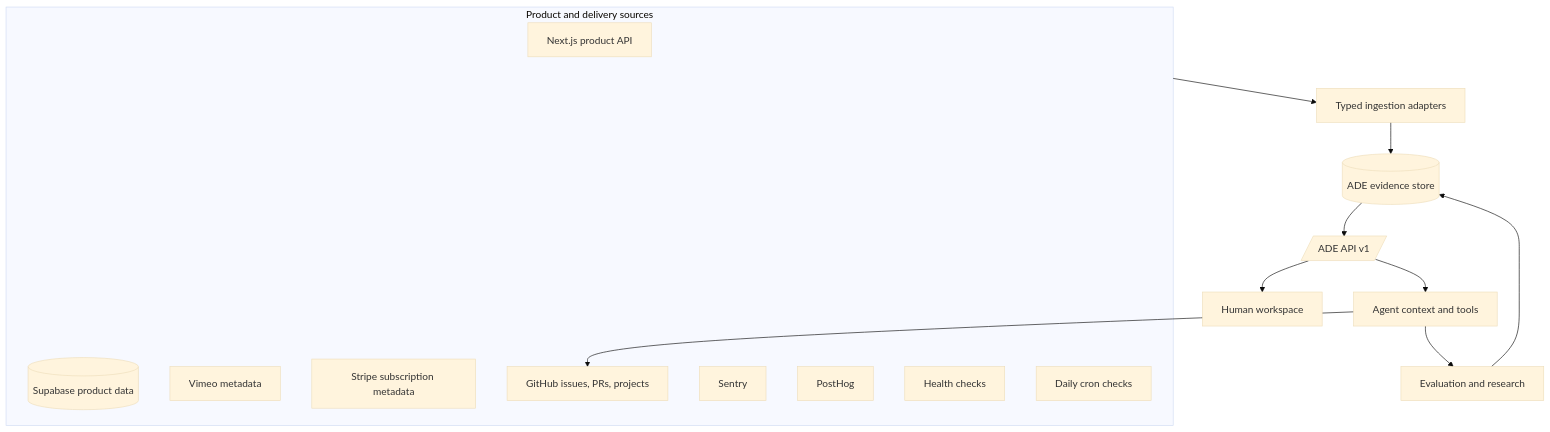
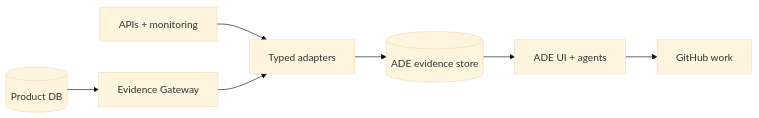
One commit to agentic-yankiz/ade-example changed the second of 15 diagrams in site/PLAN.md. Above: the diagram before and after it, drawn with Mermaid (base theme). The commit also changed other lines of this file and 2 other files, not shown here.

Commit message:
docs: add deterministic ADE evidence gateway

````diff
--- a/site/PLAN.md
+++ b/site/PLAN.md
@@ -51,23 +51,9 @@
 ```mermaid
-flowchart TB
-    subgraph Sources[Product and delivery sources]
-      APP[Next.js product API]
-      DB[(Supabase product data)]
-      V[Vimeo metadata]
-      ST[Stripe subscription metadata]
-      GH[GitHub issues, PRs, projects]
-      SE[Sentry]
-      PH[PostHog]
-      HC[Health checks]
-      CR[Daily cron checks]
-    end
-
-    Sources --> IN[Typed ingestion adapters]
-    IN --> EF[(ADE evidence store)]
-    EF --> API[/ADE API v1/]
-    API --> UI[Human workspace]
-    API --> AG[Agent context and tools]
-    AG --> GH
-    AG --> EV[Evaluation and research]
-    EV --> EF
+flowchart LR
+    DB[(Product DB)] --> GW[Evidence Gateway]
+    PS[APIs + monitoring] --> IN[Typed adapters]
+    GW --> IN
+    IN --> ES[(ADE evidence store)]
+    ES --> ADE[ADE UI + agents]
+    ADE --> GH[GitHub work]
 ```
````
